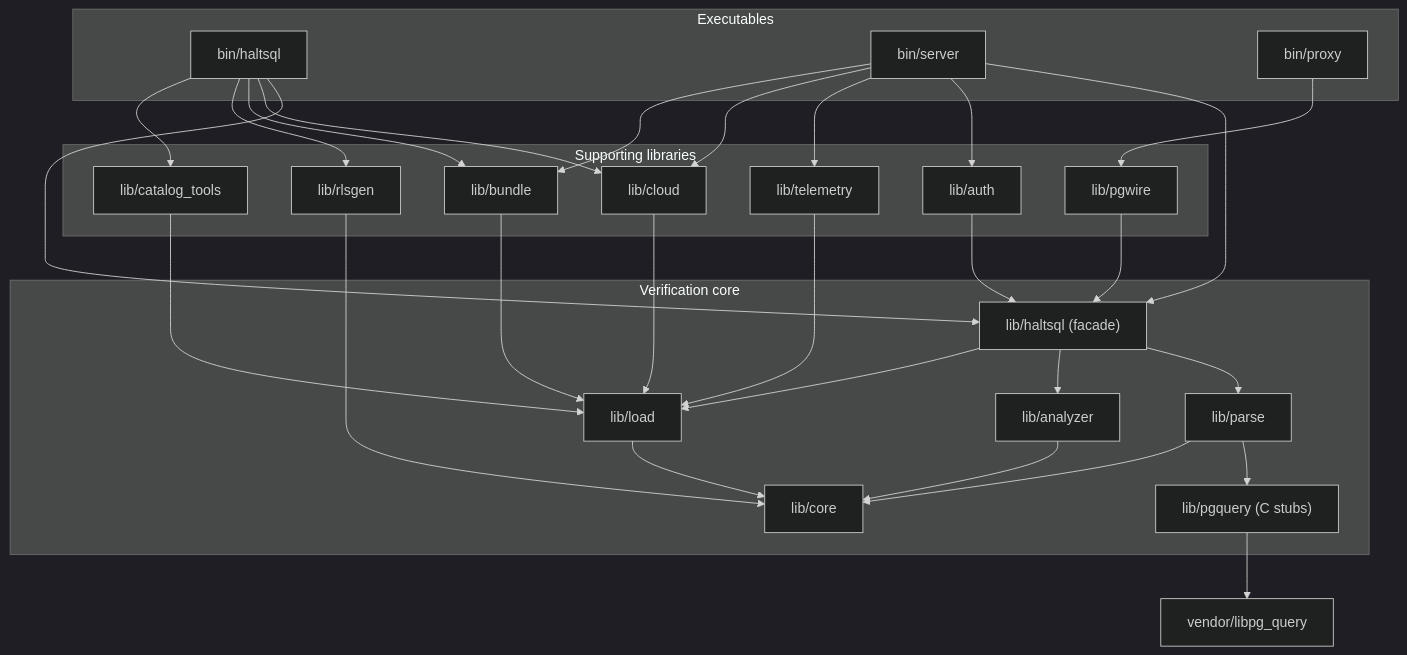
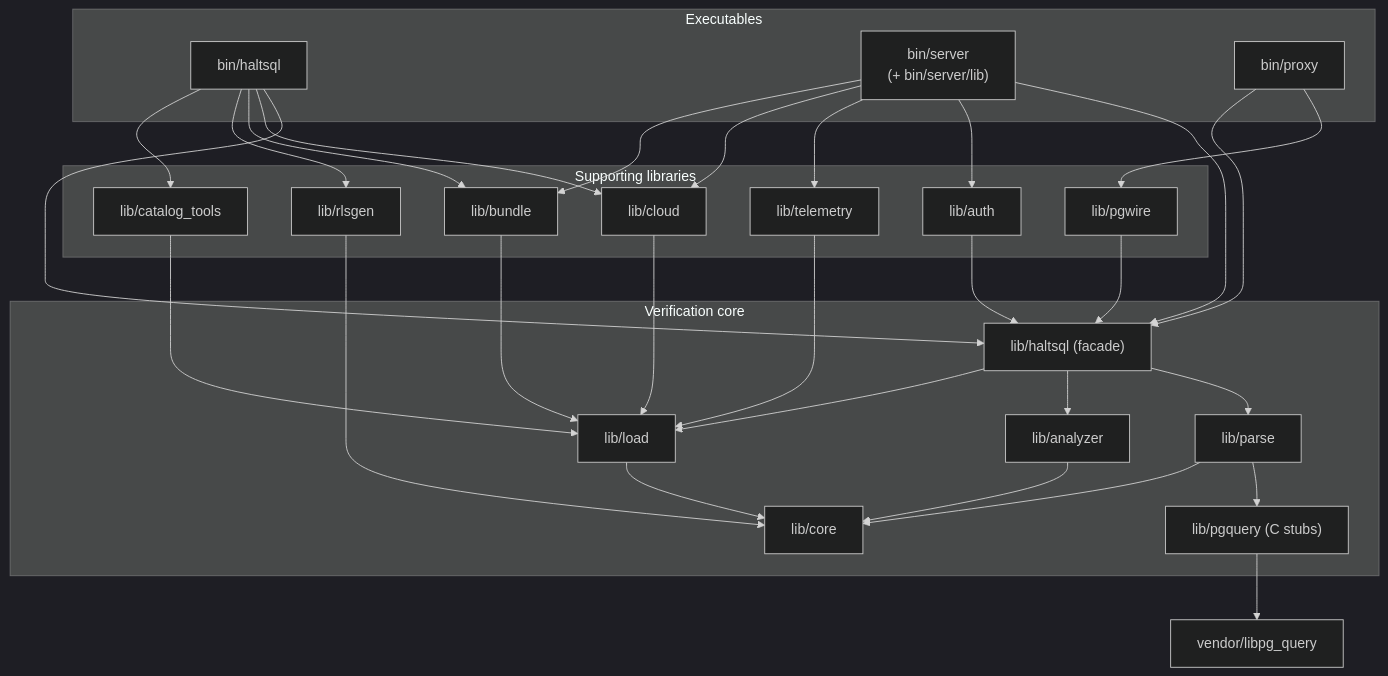
Before and after one commit to HaltSQL/HaltSQL: the second of 4 diagrams in docs/how-it-works/architecture.md, drawn with Mermaid (dark theme). The commit also changed 99 other files, not shown here.

Commit message:
docs: cloud deployment guides with mingrammer diagrams, Mermaid everywhere, accuracy pass

````diff
--- a/docs/how-it-works/architecture.md
+++ b/docs/how-it-works/architecture.md
@@ -103,56 +103,57 @@
 ```mermaid
 flowchart TD
     subgraph bins["Executables"]
         CLI["bin/haltsql"]
-        SRV["bin/server"]
+        SRV["bin/server<br/>(+ bin/server/lib)"]
         PRX["bin/proxy"]
     end
 
     subgraph support["Supporting libraries"]
         AUTH["lib/auth"]
         TEL["lib/telemetry"]
         CLOUD["lib/cloud"]
         BUN["lib/bundle"]
         RLS["lib/rlsgen"]
         CAT["lib/catalog_tools"]
         WIRE["lib/pgwire"]
     end
 
     subgraph coreg["Verification core"]
         FAC["lib/haltsql (facade)"]
         PARSE["lib/parse"]
         PGQ["lib/pgquery (C stubs)"]
         ANA["lib/analyzer"]
         LOAD["lib/load"]
         CORE["lib/core"]
     end
 
     VEND["vendor/libpg_query"]
 
     CLI --> FAC
     CLI --> CLOUD
     CLI --> BUN
     CLI --> RLS
     CLI --> CAT
     SRV --> FAC
     SRV --> AUTH
     SRV --> TEL
     SRV --> CLOUD
     SRV --> BUN
     PRX --> WIRE
+    PRX --> FAC
     WIRE --> FAC
     AUTH --> FAC
     TEL --> LOAD
     CLOUD --> LOAD
     BUN --> LOAD
     CAT --> LOAD
     RLS --> CORE
     FAC --> PARSE
     FAC --> ANA
     FAC --> LOAD
     PARSE --> PGQ
     PARSE --> CORE
     PGQ --> VEND
     ANA --> CORE
     LOAD --> CORE
 ```
````
